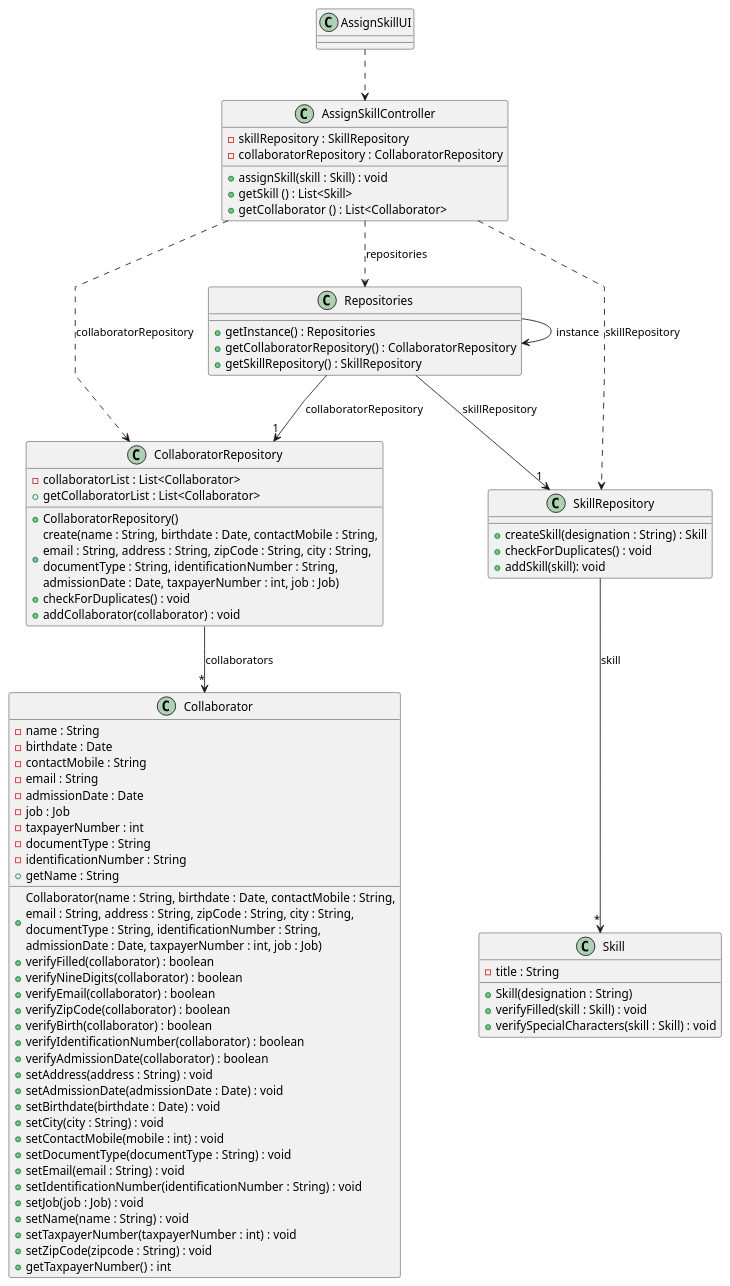
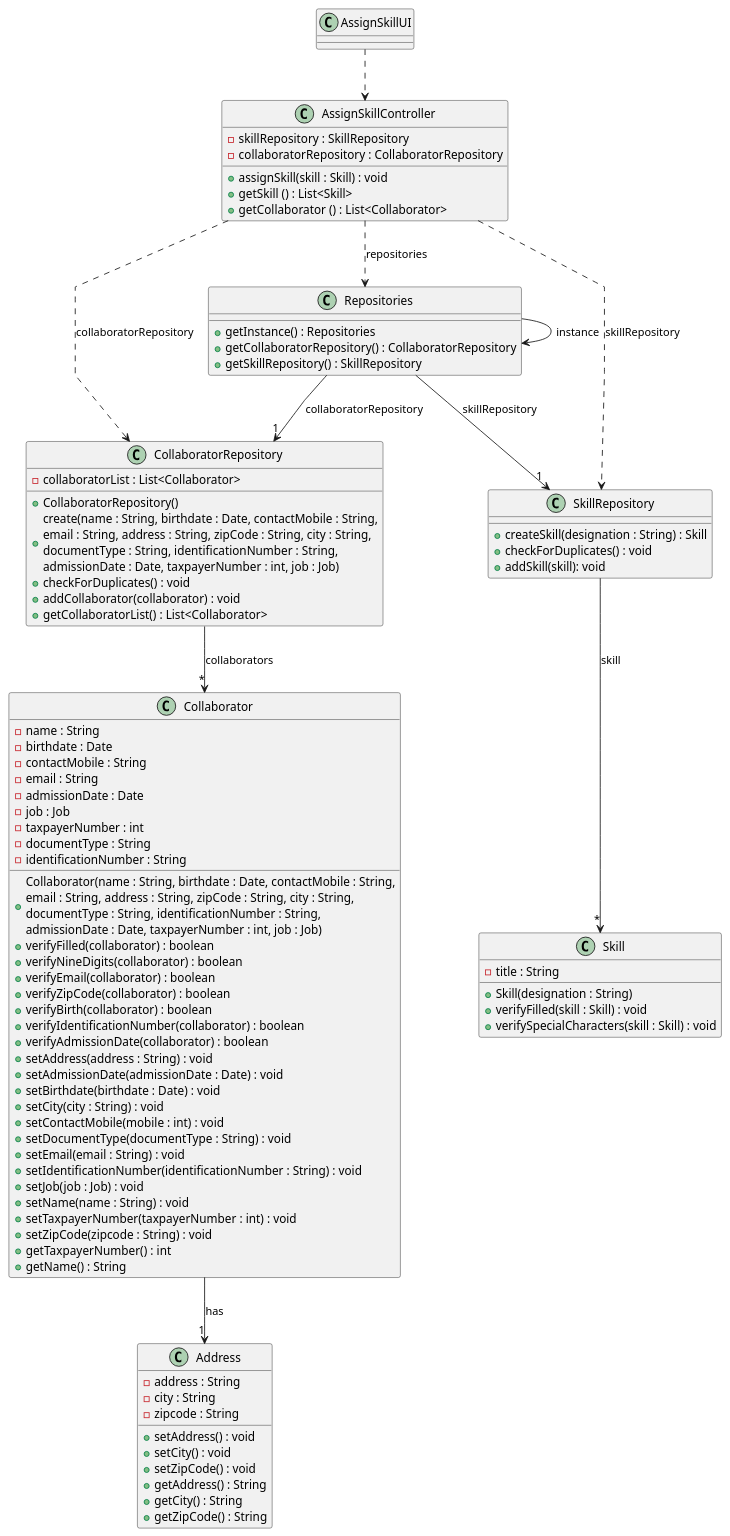
One commit to ricardomm7/leaflink changed the diagram in docs/sprintB/us004/03.design/puml/us004-class-diagram.puml. Above: the diagram before and after it, drawn with PlantUML. The commit also changed 16 other files, not shown here.

```diff
--- a/docs/sprintB/us004/03.design/puml/us004-class-diagram.puml
+++ b/docs/sprintB/us004/03.design/puml/us004-class-diagram.puml
@@ -1,89 +1,103 @@
 @startuml
 skinparam packageStyle rectangle
 skinparam shadowing false
 skinparam linetype polyline
 
 class AssignSkillUI {
 }
 
 class AssignSkillController {
     - skillRepository : SkillRepository
     - collaboratorRepository : CollaboratorRepository
     + assignSkill(skill : Skill) : void
     + getSkill () : List<Skill>
     + getCollaborator () : List<Collaborator>
 }
 
 class Repositories {
     + getInstance() : Repositories
     + getCollaboratorRepository() : CollaboratorRepository
     + getSkillRepository() : SkillRepository
 }
 
 class CollaboratorRepository {
     -collaboratorList : List<Collaborator>
     +CollaboratorRepository()
     + create(name : String, birthdate : Date, contactMobile : String,\nemail : String, address : String, zipCode : String, city : String,\ndocumentType : String, identificationNumber : String, \nadmissionDate : Date, taxpayerNumber : int, job : Job)
     + checkForDuplicates() : void
     + addCollaborator(collaborator) : void
-    + getCollaboratorList : List<Collaborator>
+    + getCollaboratorList() : List<Collaborator>
 }
 
 class SkillRepository {
     + createSkill(designation : String) : Skill
     + checkForDuplicates() : void
     + addSkill(skill): void
 }
 
 class Collaborator {
     - name : String
     - birthdate : Date
     - contactMobile : String
     - email : String
     - admissionDate : Date
     - job : Job
     - taxpayerNumber : int
-    - documentType : String
-    - identificationNumber : String
     + Collaborator(name : String, birthdate : Date, contactMobile : String,\nemail : String, address : String, zipCode : String, city : String,\ndocumentType : String, identificationNumber : String, \nadmissionDate : Date, taxpayerNumber : int, job : Job)
     + verifyFilled(collaborator) : boolean
     + verifyNineDigits(collaborator) : boolean
     + verifyEmail(collaborator) : boolean
     + verifyZipCode(collaborator) : boolean
     + verifyBirth(collaborator) : boolean
     + verifyIdentificationNumber(collaborator) : boolean
     + verifyAdmissionDate(collaborator) : boolean
-    + setAddress(address : String) : void
-    + setAdmissionDate(admissionDate : Date) : void
-    + setBirthdate(birthdate : Date) : void
-    + setCity(city : String) : void
-    + setContactMobile(mobile : int) : void
-    + setDocumentType(documentType : String) : void
-    + setEmail(email : String) : void
-    + setIdentificationNumber(identificationNumber : String) : void
-    + setJob(job : Job) : void
-    + setName(name : String) : void
-    + setTaxpayerNumber(taxpayerNumber : int) : void
-    + setZipCode(zipcode : String) : void
-    + getTaxpayerNumber() : int
-    + getName : String
+    - documentType : String
+    - identificationNumber : String
+    +setAddress(address : String) : void
+    +setAdmissionDate(admissionDate : Date) : void
+    +setBirthdate(birthdate : Date) : void
+    +setCity(city : String) : void
+    +setContactMobile(mobile : int) : void
+    +setDocumentType(documentType : String) : void
+    +setEmail(email : String) : void
+    +setIdentificationNumber(identificationNumber : String) : void
+    +setJob(job : Job) : void
+    +setName(name : String) : void
+    +setTaxpayerNumber(taxpayerNumber : int) : void
+    +setZipCode(zipcode : String) : void
+    +getTaxpayerNumber() : int
+    +getName() : String
+}
+
+class Address {
+    -address : String
+    -city : String
+    -zipcode : String
+    +setAddress() : void
+    +setCity() : void
+    +setZipCode() : void
+    +getAddress() : String
+    +getCity() : String
+    +getZipCode() : String
 }
 
 class Skill {
     - title : String
     + Skill(designation : String)
     + verifyFilled(skill : Skill) : void
     + verifySpecialCharacters(skill : Skill) : void
 }
 
 AssignSkillUI ..> AssignSkillController
 AssignSkillController ..> Repositories : repositories
 Repositories --> Repositories : instance
 Repositories --> "1" CollaboratorRepository : collaboratorRepository
 Repositories --> "1" SkillRepository : skillRepository
 AssignSkillController ..> CollaboratorRepository : collaboratorRepository
 AssignSkillController ..> SkillRepository : skillRepository
 CollaboratorRepository --> "*" Collaborator : collaborators
 SkillRepository --> "*" Skill : skill
+Collaborator --> "1" Address : has
+
 
 @enduml
```
